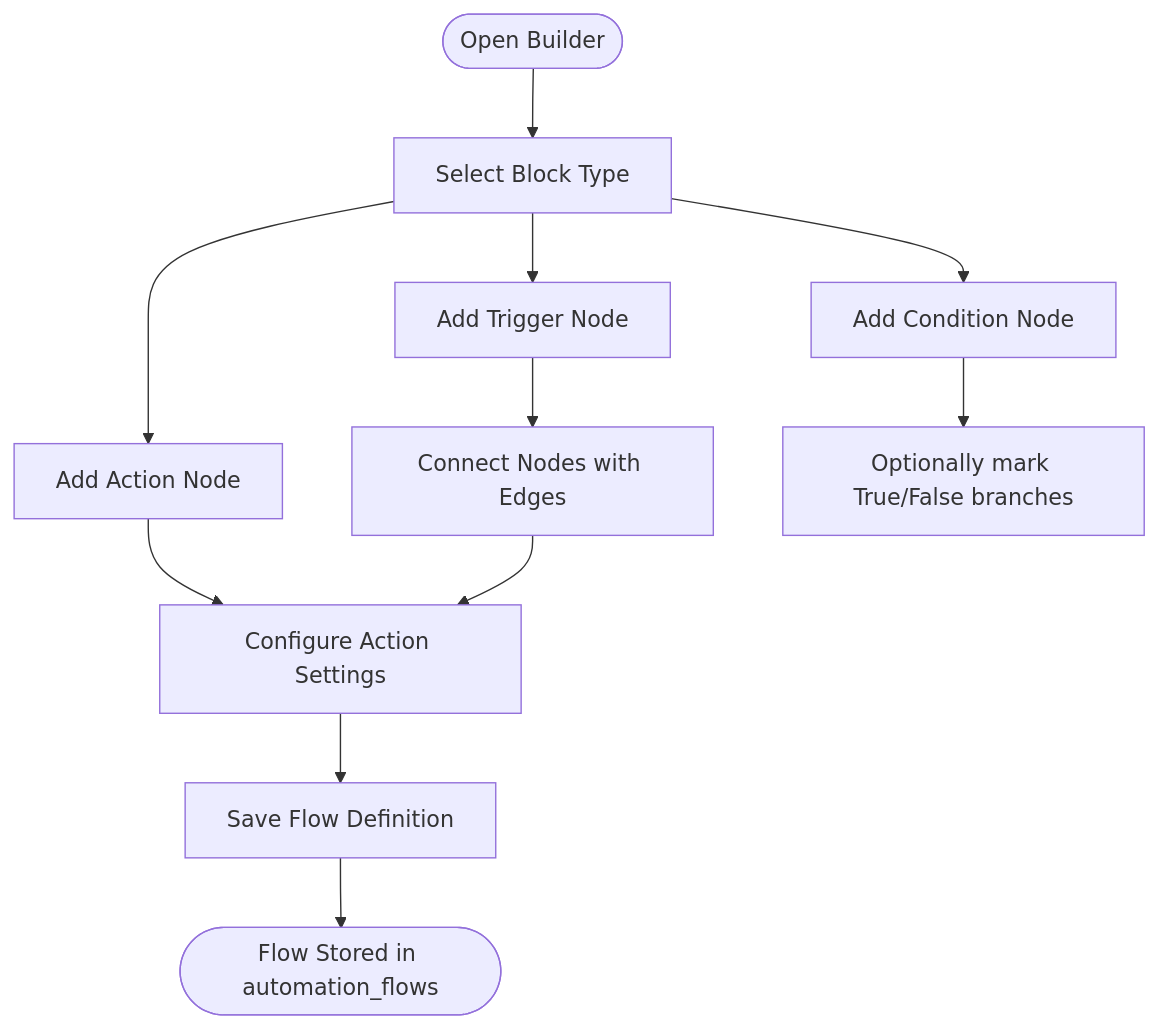
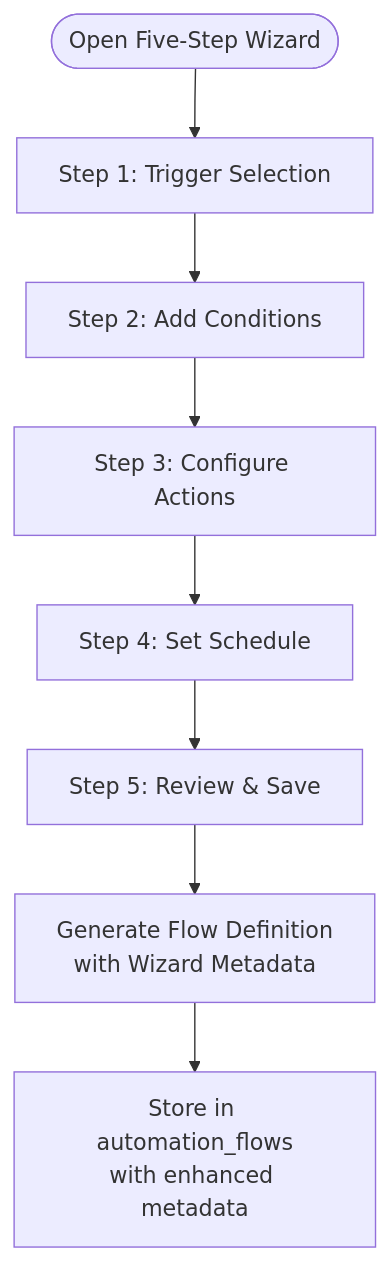
The third of 11 diagrams in .qoder/repowiki/en/content/Automation System/Automation System.md (gastaldellomarco/pcReady), drawn with Mermaid before and after one commit. The commit also changed other lines of this file and 19 other files, not shown here.

First line of the commit message:
feat(automation): enhance Automation Flow Builder with dual-mode design and advanced UI

````diff
--- a/.qoder/repowiki/en/content/Automation System/Automation System.md
+++ b/.qoder/repowiki/en/content/Automation System/Automation System.md
@@ -148,13 +196,10 @@
 ```mermaid
 flowchart TD
-Start(["Open Builder"]) --> Palette["Select Block Type"]
-Palette --> AddTrigger["Add Trigger Node"]
-Palette --> AddCondition["Add Condition Node"]
-Palette --> AddAction["Add Action Node"]
-AddTrigger --> Connect["Connect Nodes with Edges"]
-AddCondition --> Branch["Optionally mark True/False branches"]
-AddAction --> Configure["Configure Action Settings"]
-Connect --> Configure
-Configure --> Save["Save Flow Definition"]
-Save --> End(["Flow Stored in automation_flows"])
+Start(["Open Five-Step Wizard"]) --> Step1["Step 1: Trigger Selection"]
+Step1 --> Step2["Step 2: Add Conditions"]
+Step2 --> Step3["Step 3: Configure Actions"]
+Step3 --> Step4["Step 4: Set Schedule"]
+Step4 --> Step5["Step 5: Review & Save"]
+Step5 --> Generate["Generate Flow Definition<br/>with Wizard Metadata"]
+Generate --> Store["Store in automation_flows<br/>with enhanced metadata"]
 ```
````
